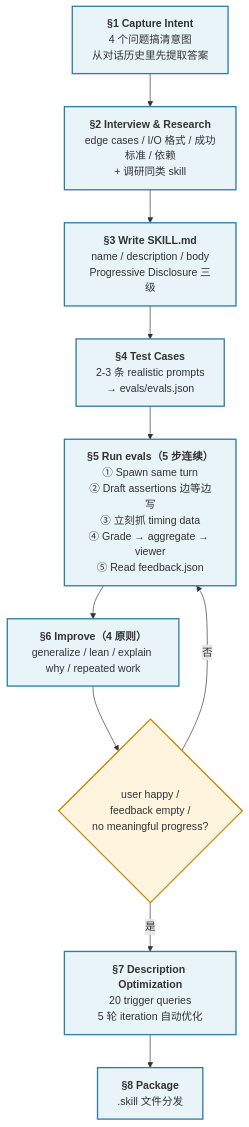
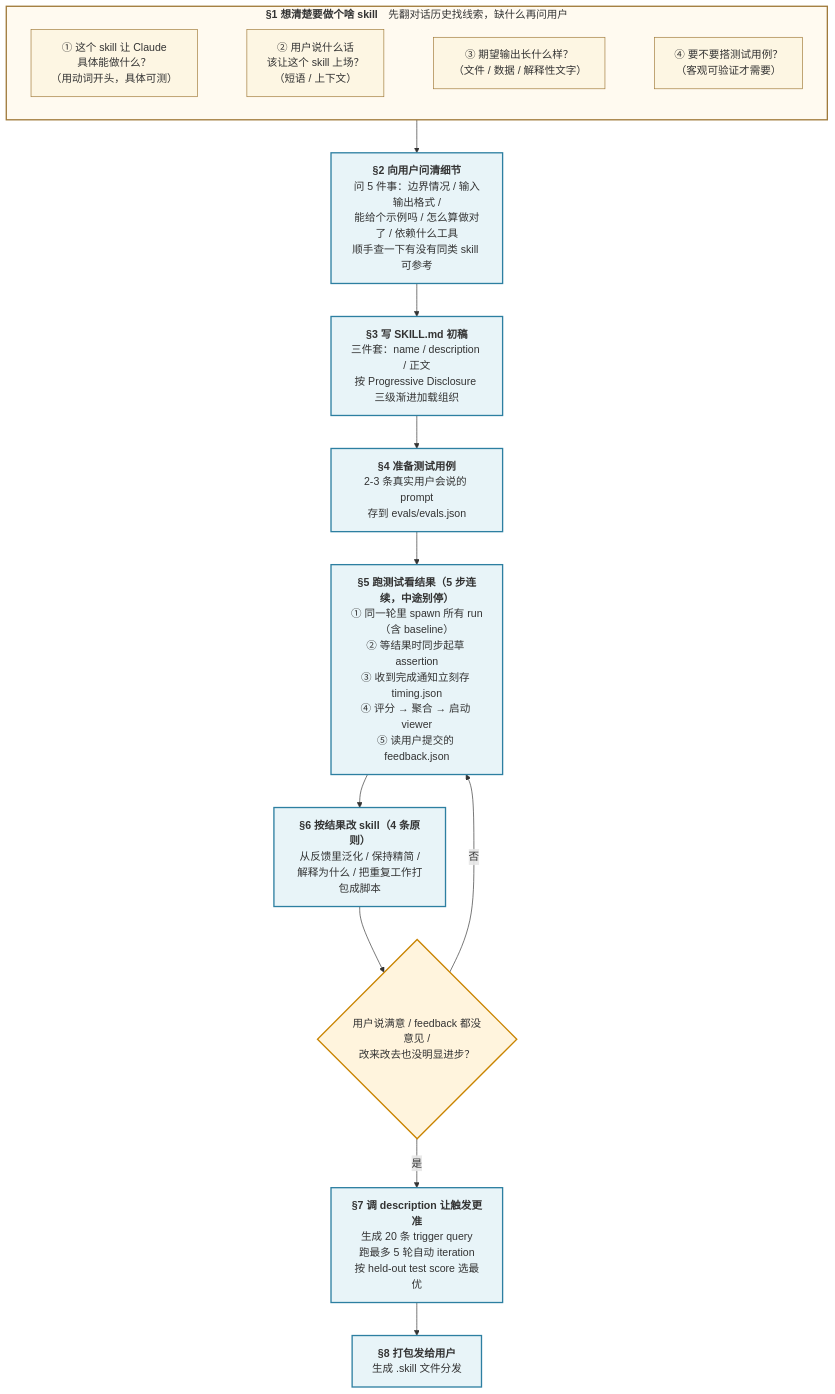
Before and after one commit to KDevSec/kdev-agents: the second of 2 diagrams in docs/meta/skill-官方开发流程.md, drawn with Mermaid. The commit also changed other lines of this file and 1 other file, not shown here.

First line of the commit message:
docs: 重构 skill 官方流程 + kdev-memory 开发历程，去 AI 痕 + 章节瘦身

````diff
--- a/docs/meta/skill-官方开发流程.md
+++ b/docs/meta/skill-官方开发流程.md
@@ -50,22 +749,29 @@
 ```mermaid
 flowchart TD
-    Intent["<b>§1 Capture Intent</b><br/>4 个问题搞清意图<br/>从对话历史里先提取答案"]
-    Interview["<b>§2 Interview & Research</b><br/>edge cases / I/O 格式 / 成功标准 / 依赖<br/>+ 调研同类 skill"]
-    Write["<b>§3 Write SKILL.md</b><br/>name / description / body<br/>Progressive Disclosure 三级"]
-    Tests["<b>§4 Test Cases</b><br/>2-3 条 realistic prompts<br/>→ evals/evals.json"]
-    Run["<b>§5 Run evals（5 步连续）</b><br/>① Spawn same turn<br/>② Draft assertions 边等边写<br/>③ 立刻抓 timing data<br/>④ Grade → aggregate → viewer<br/>⑤ Read feedback.json"]
-    Improve["<b>§6 Improve（4 原则）</b><br/>generalize / lean / explain why / repeated work"]
-    DescOpt["<b>§7 Description Optimization</b><br/>20 trigger queries<br/>5 轮 iteration 自动优化"]
-    Package["<b>§8 Package</b><br/>.skill 文件分发"]
+    subgraph IntentBlock["<b>§1 想清楚要做个啥 skill</b>　先翻对话历史找线索，缺什么再问用户"]
+        direction LR
+        Q1["① 这个 skill 让 Claude<br/>具体能做什么？<br/>（用动词开头，具体可测）"] ~~~ Q2["② 用户说什么话<br/>该让这个 skill 上场？<br/>（短语 / 上下文）"] ~~~ Q3["③ 期望输出长什么样？<br/>（文件 / 数据 / 解释性文字）"] ~~~ Q4["④ 要不要搭测试用例？<br/>（客观可验证才需要）"]
+    end
 
-    Intent --> Interview --> Write --> Tests --> Run --> Improve
-    Improve --> Happy{"user happy /<br/>feedback empty /<br/>no meaningful progress?"}
+    Interview["<b>§2 向用户问清细节</b><br/>问 5 件事：边界情况 / 输入输出格式 /<br/>能给个示例吗 / 怎么算做对了 / 依赖什么工具<br/>顺手查一下有没有同类 skill 可参考"]
+    Write["<b>§3 写 SKILL.md 初稿</b><br/>三件套：name / description / 正文<br/>按 Progressive Disclosure 三级渐进加载组织"]
+    Tests["<b>§4 准备测试用例</b><br/>2-3 条真实用户会说的 prompt<br/>存到 evals/evals.json"]
+    Run["<b>§5 跑测试看结果（5 步连续，中途别停）</b><br/>① 同一轮里 spawn 所有 run（含 baseline）<br/>② 等结果时同步起草 assertion<br/>③ 收到完成通知立刻存 timing.json<br/>④ 评分 → 聚合 → 启动 viewer<br/>⑤ 读用户提交的 feedback.json"]
+    Improve["<b>§6 按结果改 skill（4 条原则）</b><br/>从反馈里泛化 / 保持精简 /<br/>解释为什么 / 把重复工作打包成脚本"]
+    DescOpt["<b>§7 调 description 让触发更准</b><br/>生成 20 条 trigger query<br/>跑最多 5 轮自动 iteration<br/>按 held-out test score 选最优"]
+    Package["<b>§8 打包发给用户</b><br/>生成 .skill 文件分发"]
+
+    IntentBlock --> Interview --> Write --> Tests --> Run --> Improve
+    Improve --> Happy{"用户说满意 / feedback 都没意见 /<br/>改来改去也没明显进步？"}
     Happy -->|否| Run
     Happy -->|是| DescOpt
     DescOpt --> Package
 
     classDef phase fill:#e8f4f8,stroke:#2d7fa1,stroke-width:2px
     classDef decision fill:#fff4dd,stroke:#c98400,stroke-width:2px
-    class Intent,Interview,Write,Tests,Run,Improve,DescOpt,Package phase
+    classDef question fill:#fdf6e3,stroke:#a07a3a,stroke-width:1px
+    class Interview,Write,Tests,Run,Improve,DescOpt,Package phase
     class Happy decision
+    class Q1,Q2,Q3,Q4 question
+    style IntentBlock fill:#fffaf0,stroke:#a07a3a,stroke-width:2px
 ```
````
